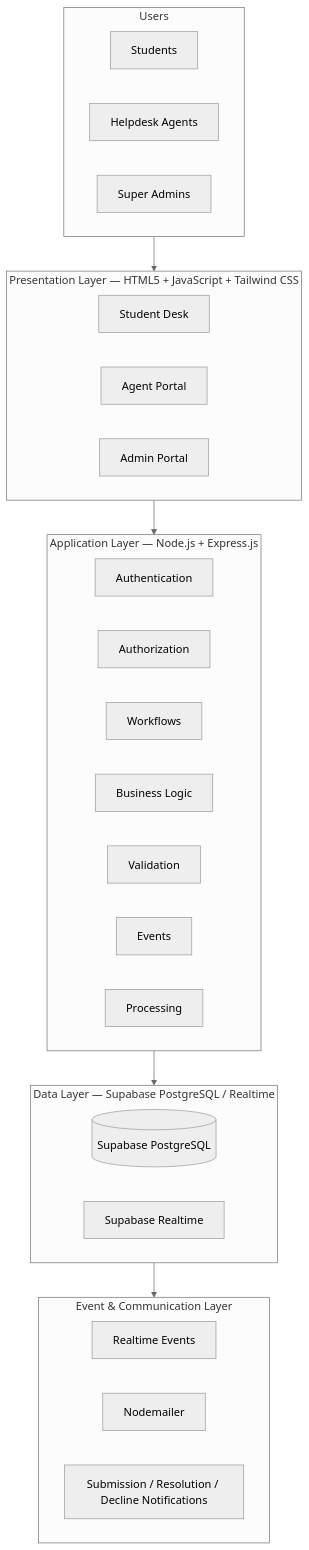
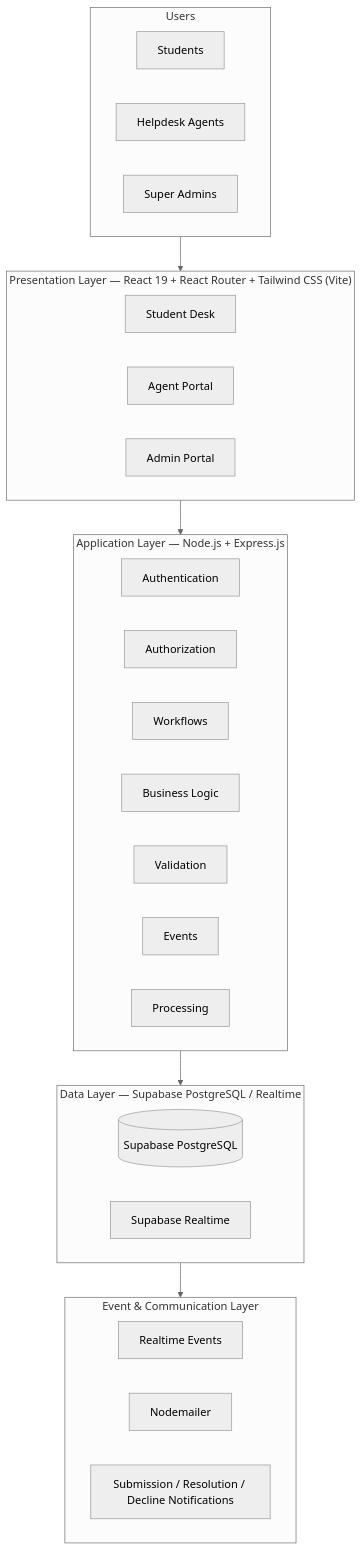
One commit to almahmudpias/NSU_IT_Support_Center changed the second of 12 diagrams in README.md. Above: the diagram before and after it, drawn with Mermaid (neutral theme). The commit also changed other lines of this file, not shown here.

````diff
--- a/README.md
+++ b/README.md
@@ -127,40 +129,40 @@
 ```mermaid
 flowchart TD
     subgraph Users
         U1[Students]
         U2[Helpdesk Agents]
         U3[Super Admins]
     end
 
-    subgraph Presentation["Presentation Layer — HTML5 + JavaScript + Tailwind CSS"]
+    subgraph Presentation["Presentation Layer — React 19 + React Router + Tailwind CSS (Vite)"]
         P1[Student Desk]
         P2[Agent Portal]
         P3[Admin Portal]
     end
 
     subgraph Application["Application Layer — Node.js + Express.js"]
         A1[Authentication]
         A2[Authorization]
         A3[Workflows]
         A4[Business Logic]
         A5[Validation]
         A6[Events]
         A7[Processing]
     end
 
     subgraph Data["Data Layer — Supabase PostgreSQL / Realtime"]
         D1[(Supabase PostgreSQL)]
         D2[Supabase Realtime]
     end
 
     subgraph Communication["Event & Communication Layer"]
         C1[Realtime Events]
         C2[Nodemailer]
         C3[Submission / Resolution / Decline Notifications]
     end
 
     Users --> Presentation
     Presentation --> Application
     Application --> Data
     Data --> Communication
 ```
````
